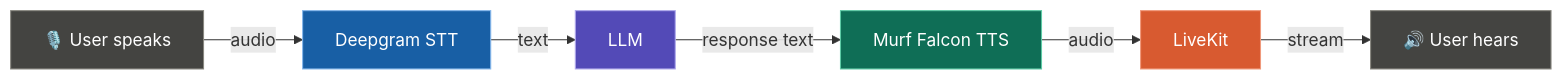
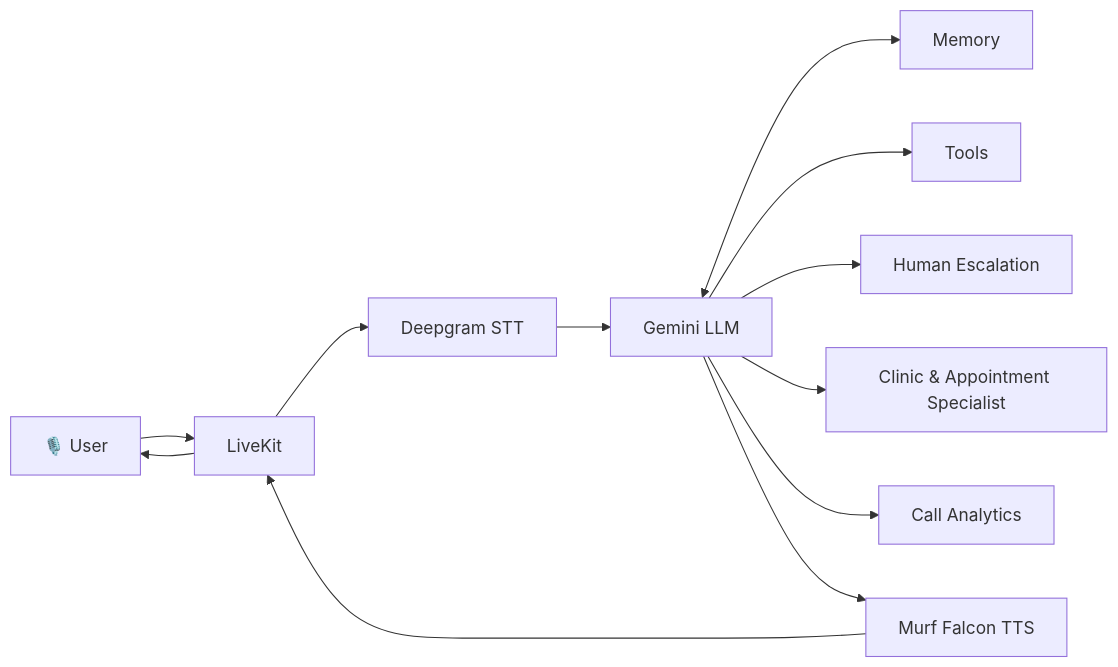
One commit to bhuvanahj/Care-Voice changed the diagram in README.md. Above: the diagram before and after it, drawn with Mermaid. The commit also changed other lines of this file, not shown here.

First line of the commit message:
Revise README with TypeScript and architecture updates

````diff
--- a/README.md
+++ b/README.md
@@ -30,15 +30,16 @@
 ```mermaid
 flowchart LR
-    A[🎙️ User speaks] -->|audio| B[Deepgram STT]
-    B -->|text| C[LLM]
-    C -->|response text| D[Murf Falcon TTS]
-    D -->|audio| E[LiveKit]
-    E -->|stream| F[🔊 User hears]
+    A[🎙️ User] --> B[LiveKit]
+    B --> C[Deepgram STT]
+    C --> D[Gemini LLM]
 
-    style A fill:#444441,stroke:#888780,color:#fff
-    style B fill:#185FA5,stroke:#85B7EB,color:#fff
-    style C fill:#534AB7,stroke:#AFA9EC,color:#fff
-    style D fill:#0F6E56,stroke:#5DCAA5,color:#fff
-    style E fill:#D85A30,stroke:#F0997B,color:#fff
-    style F fill:#444441,stroke:#888780,color:#fff
+    D <--> E[Memory]
+    D --> F[Tools]
+    D --> G[Human Escalation]
+    D --> H[Clinic & Appointment Specialist]
+    D --> I[Call Analytics]
+
+    D --> J[Murf Falcon TTS]
+    J --> B
+    B --> A
 ```
````
